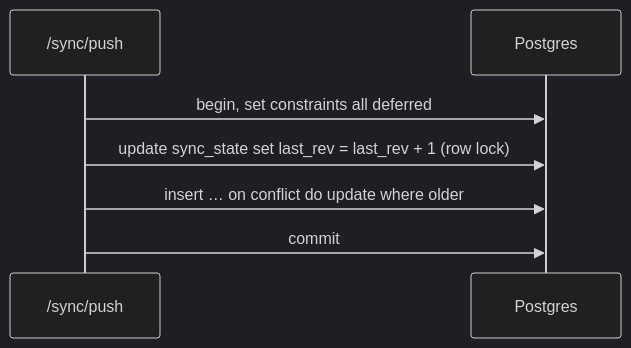
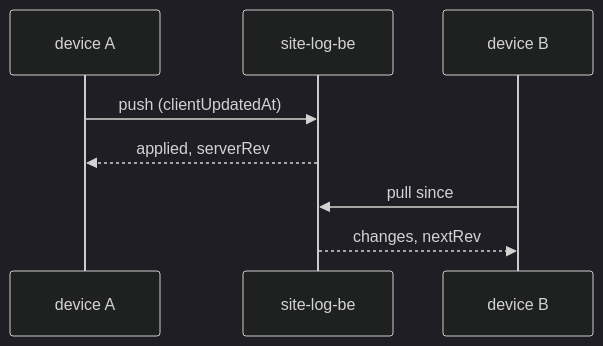
The seventh of 8 diagrams in docs/feature-guide/S2-sync-engine/F04-sync-engine.md (DAMHONGDUC/site-log-ios), drawn with Mermaid (dark theme) before and after one commit. The commit also changed other lines of this file and 33 other files, not shown here.

First line of the commit message:
docs: update docs - detail is backend moved to site-log-be, 03-backend is the client API guide

````diff
--- a/docs/feature-guide/S2-sync-engine/F04-sync-engine.md
+++ b/docs/feature-guide/S2-sync-engine/F04-sync-engine.md
@@ -262,9 +262,10 @@
 ```mermaid
 sequenceDiagram
-    participant API as /sync/push
-    participant PG as Postgres
-    API->>PG: begin, set constraints all deferred
-    API->>PG: update sync_state set last_rev = last_rev + 1 (row lock)
-    API->>PG: insert … on conflict do update where older
-    API->>PG: commit
+    participant A as device A
+    participant API as site-log-be
+    participant B as device B
+    A->>API: push (clientUpdatedAt)
+    API-->>A: applied, serverRev
+    B->>API: pull since
+    API-->>B: changes, nextRev
 ```
````
